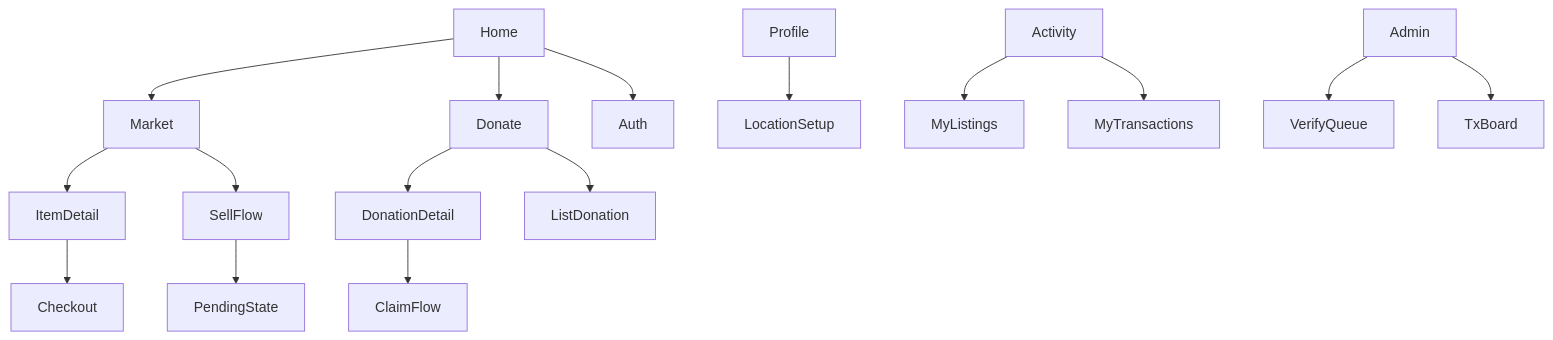
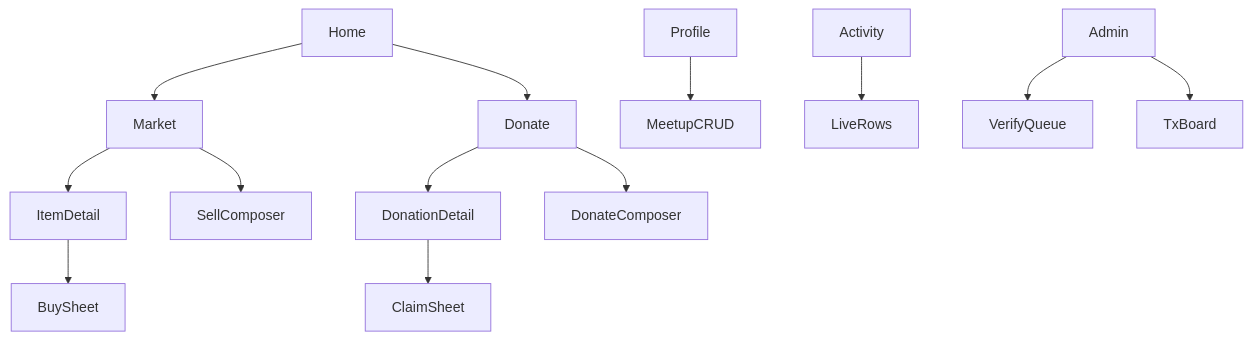
One commit to raplyhollow2/ebumarket changed the diagram in docs/product/information-architecture.md. Above: the diagram before and after it, drawn with Mermaid. The commit also changed other lines of this file and 17 other files, not shown here.

````diff
--- a/docs/product/information-architecture.md
+++ b/docs/product/information-architecture.md
@@ -87,18 +59,15 @@
 ```mermaid
 flowchart TB
   Home --> Market
   Home --> Donate
-  Home --> Auth
   Market --> ItemDetail
-  ItemDetail --> Checkout
-  Market --> SellFlow
-  SellFlow --> PendingState
+  ItemDetail --> BuySheet
+  Market --> SellComposer
   Donate --> DonationDetail
-  DonationDetail --> ClaimFlow
-  Donate --> ListDonation
-  Profile --> LocationSetup
-  Activity --> MyListings
-  Activity --> MyTransactions
+  DonationDetail --> ClaimSheet
+  Donate --> DonateComposer
+  Profile --> MeetupCRUD
+  Activity --> LiveRows
   Admin --> VerifyQueue
   Admin --> TxBoard
 ```
````
